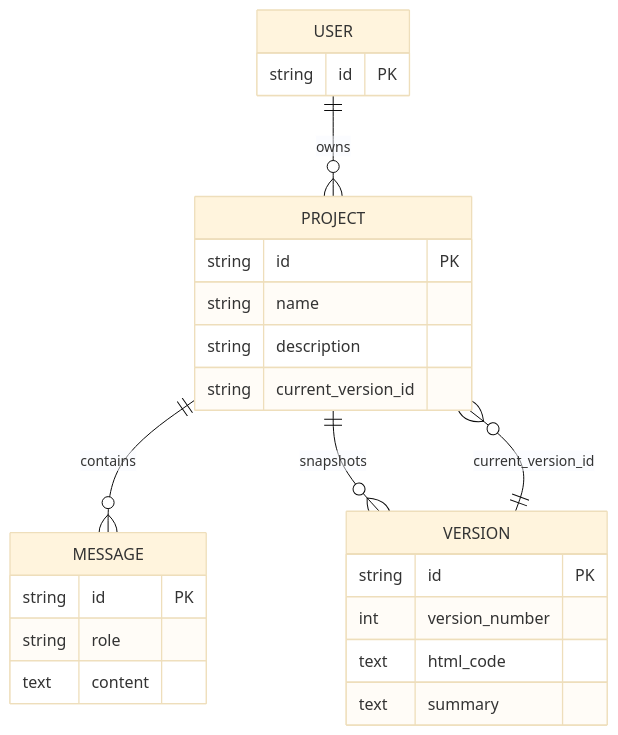
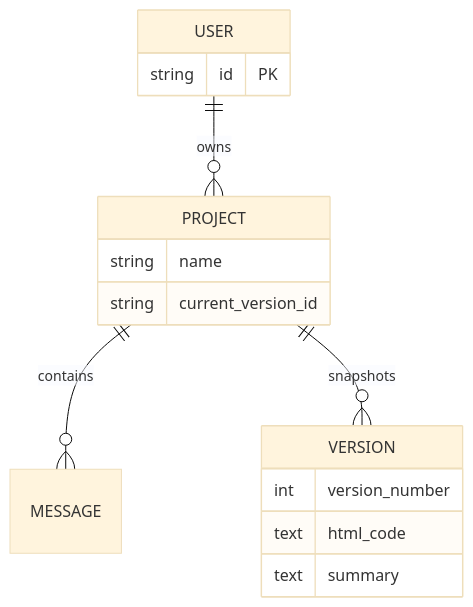
Before and after one commit to faisukhan01/erp: the third of 3 diagrams in README.md, drawn with Mermaid (base theme). The commit also changed other lines of this file, not shown here.

````diff
--- a/README.md
+++ b/README.md
@@ -189,12 +168,13 @@
 ```mermaid
 erDiagram
     USER ||--o{ PROJECT : owns
     PROJECT ||--o{ MESSAGE : contains
     PROJECT ||--o{ VERSION : snapshots
-    PROJECT }o--|| VERSION : "current_version_id"
-
+    VERSION {
+        int version_number
+        text html_code
+        text summary
+    }
     USER { string id PK }
-    PROJECT { string id PK  string name  string description  string current_version_id }
-    MESSAGE { string id PK  string role  text content }
-    VERSION { string id PK  int version_number  text html_code  text summary }
+    PROJECT { string name  string current_version_id }
 ```
````
